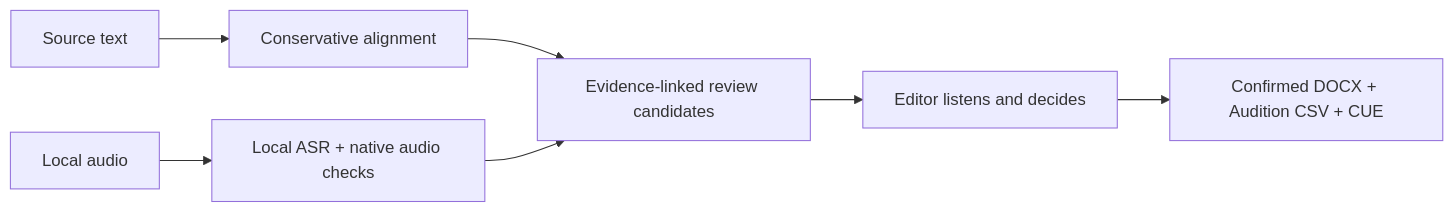
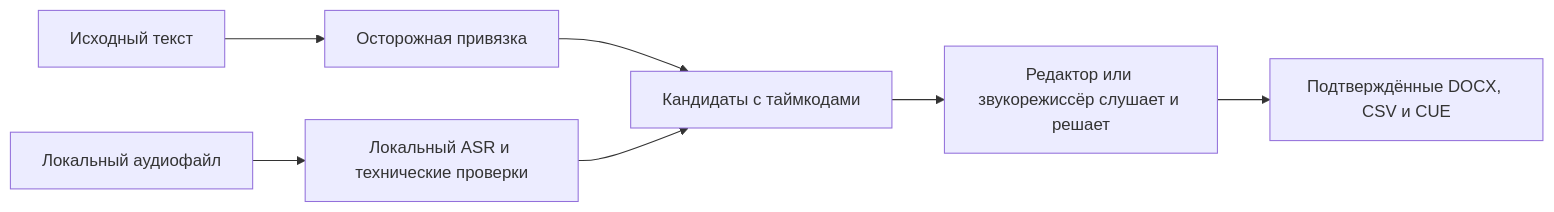
The diagram in README.md (pavelnasuta/readback-sentinel), drawn with Mermaid before and after one commit. The commit also changed other lines of this file, not shown here.

````diff
--- a/README.md
+++ b/README.md
@@ -49,9 +95,9 @@
 ```mermaid
 flowchart LR
-    A[Source text] --> C[Conservative alignment]
-    B[Local audio] --> D[Local ASR + native audio checks]
-    C --> E[Evidence-linked review candidates]
+    A[Исходный текст] --> C[Осторожная привязка]
+    B[Локальный аудиофайл] --> D[Локальный ASR и технические проверки]
+    C --> E[Кандидаты с таймкодами]
     D --> E
-    E --> F[Editor listens and decides]
-    F --> G[Confirmed DOCX + Audition CSV + CUE]
+    E --> F[Редактор или звукорежиссёр слушает и решает]
+    F --> G[Подтверждённые DOCX, CSV и CUE]
 ```
````
